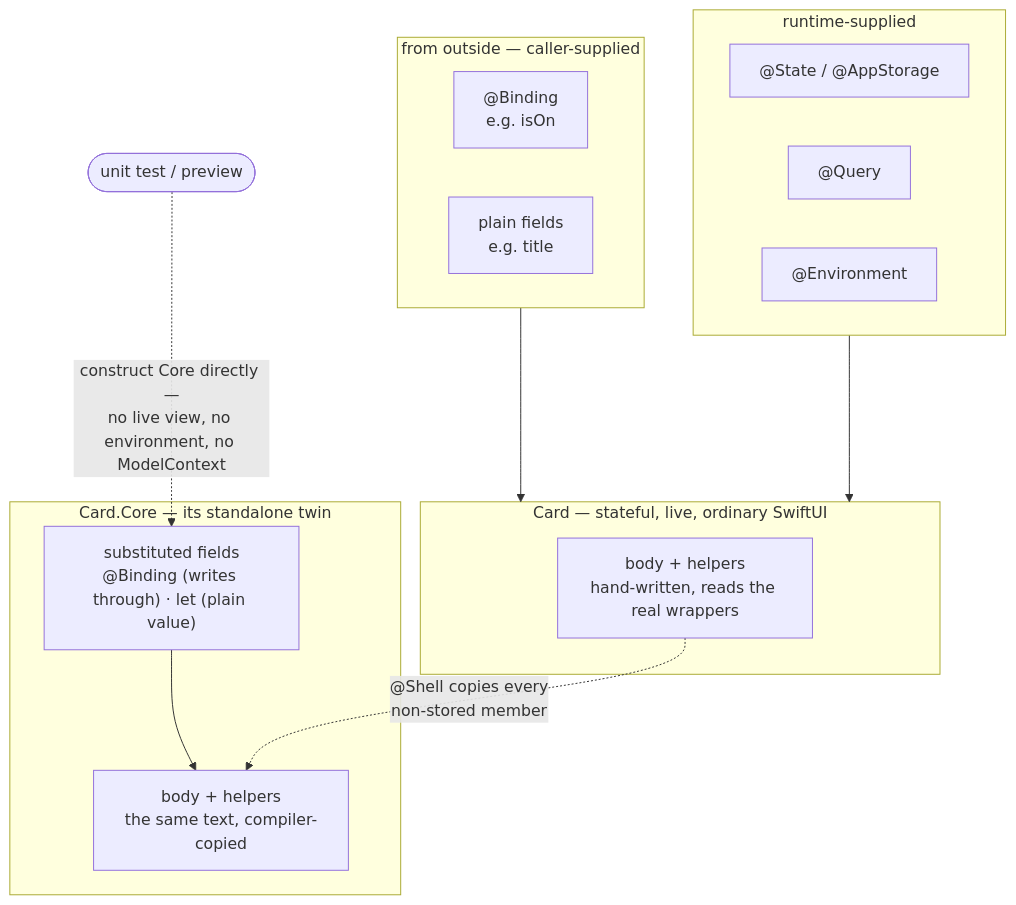
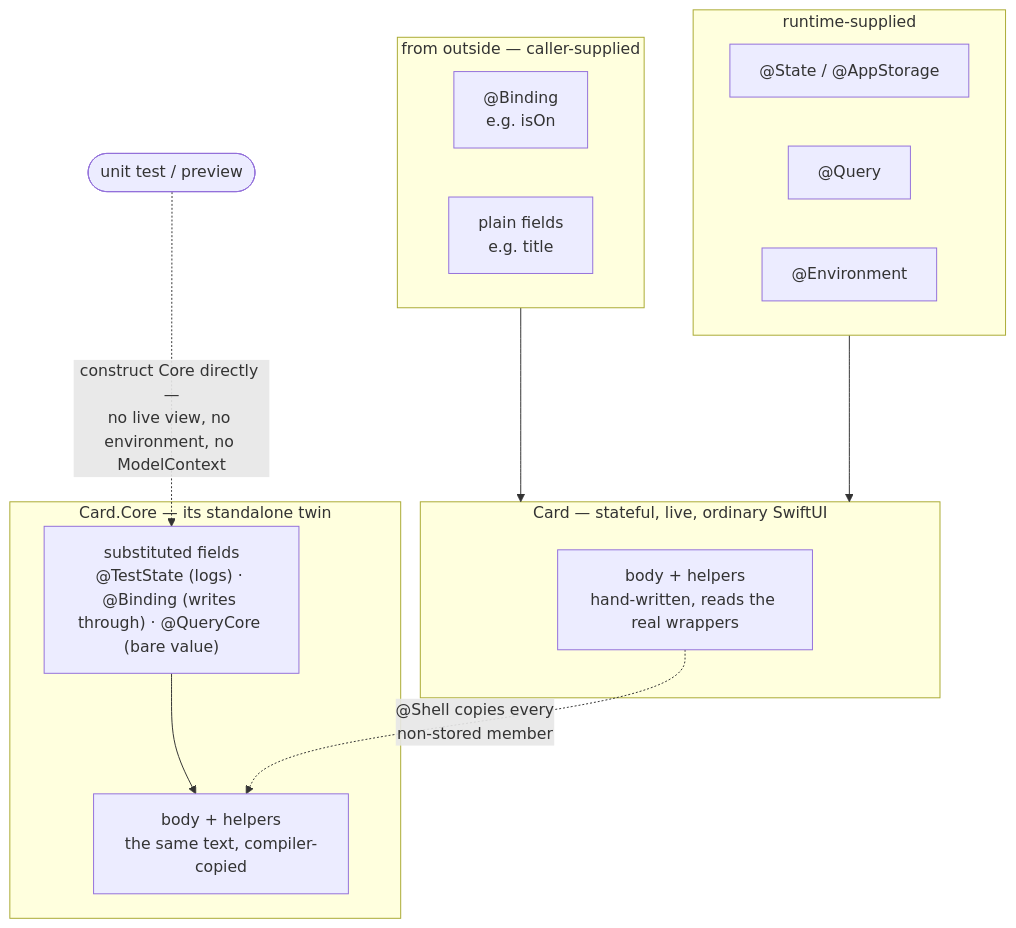
One commit to sisoje/swift-core-flow changed the first of 3 diagrams in README.md. Above: the diagram before and after it, drawn with Mermaid. The commit also changed other lines of this file and 2 other files, not shown here.

````diff
--- a/README.md
+++ b/README.md
@@ -294,29 +302,29 @@
 ```mermaid
 flowchart TD
     subgraph Outside["from outside — caller-supplied"]
         Bind["@Binding<br/>e.g. isOn"]
         Plain["plain fields<br/>e.g. title"]
     end
 
     subgraph SOT["runtime-supplied"]
         State["@State / @AppStorage"]
         Query["@Query"]
         Env["@Environment"]
     end
 
     Outside --> Card
     SOT --> Card
 
     subgraph Card["Card — stateful, live, ordinary SwiftUI"]
         CardBody["body + helpers<br/>hand-written, reads the real wrappers"]
     end
 
     subgraph SN["Card.Core — its standalone twin"]
-        Fields["substituted fields<br/>@Binding (writes through) · let (plain value)"]
+        Fields["substituted fields<br/>@TestState (logs) · @Binding (writes through) · @QueryCore (bare value)"]
         SNBody["body + helpers<br/>the same text, compiler-copied"]
         Fields --> SNBody
     end
 
     CardBody -. "@Shell copies every<br/>non-stored member" .-> SNBody
     Test(["unit test / preview"]) -. "construct Core directly —<br/>no live view, no environment, no ModelContext" .-> Fields
 ```
````
